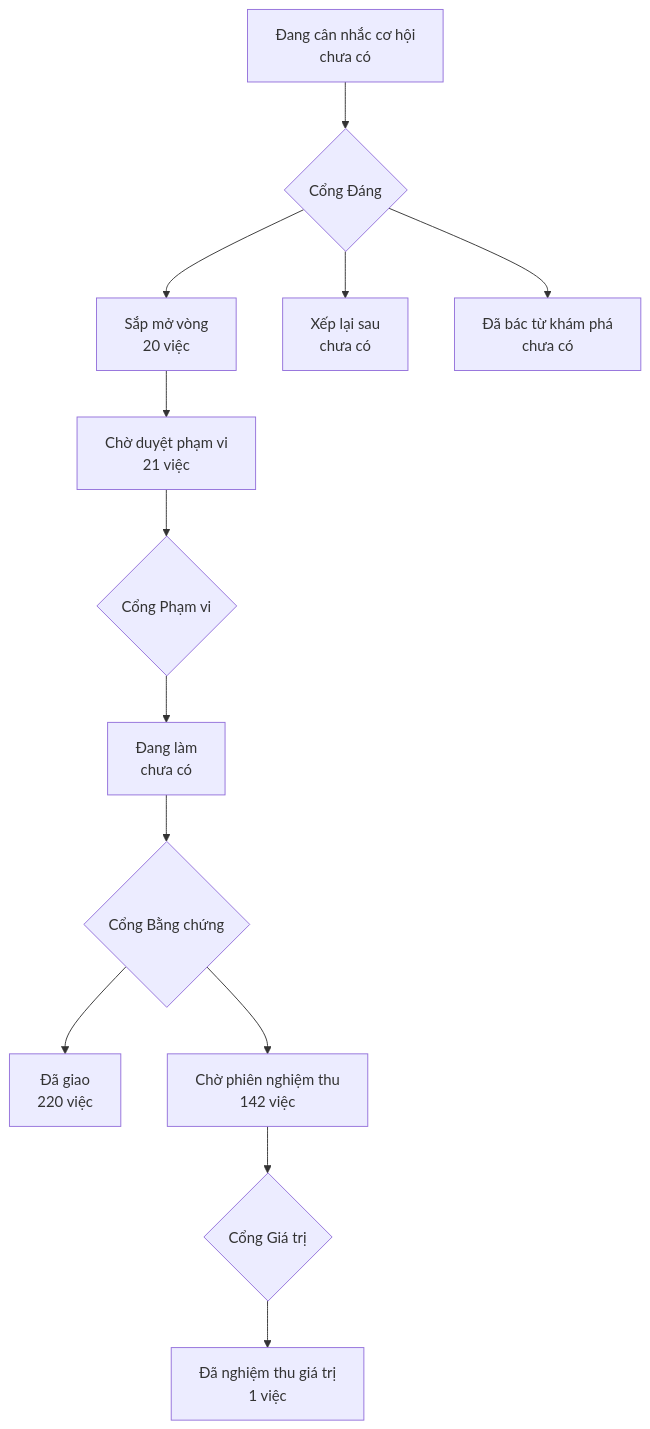
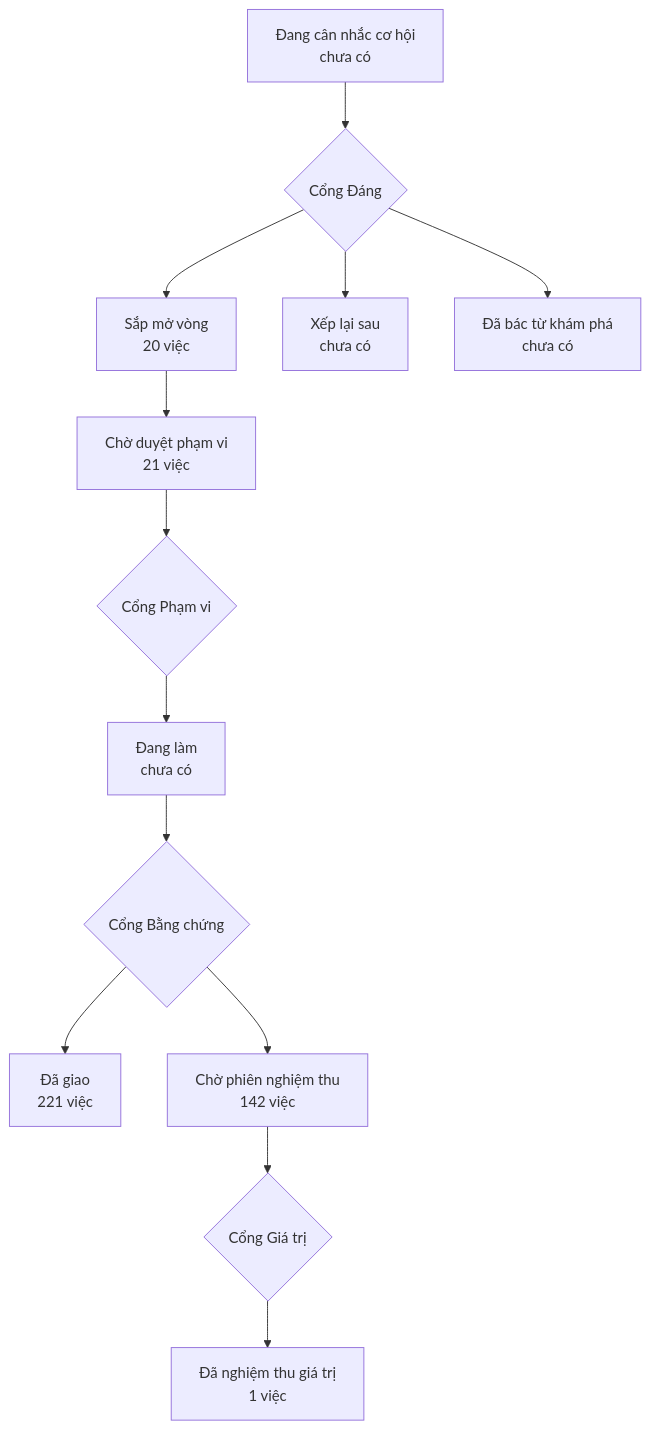
The diagram in PRODUCT-MAP.md (phanlemanh/onehub-invest), drawn with Mermaid before and after one commit. The commit also changed other lines of this file and 1 other file, not shown here.

Commit message:
chore: vẽ lại PRODUCT-MAP, LO-TRINH sau gộp main

````diff
--- a/PRODUCT-MAP.md
+++ b/PRODUCT-MAP.md
@@ -7,12 +7,12 @@
 ```mermaid
 flowchart TD
   A["Đang cân nhắc cơ hội<br/>chưa có"] --> GD{"Cổng Đáng"}
   GD --> B["Sắp mở vòng<br/>20 việc"]
   GD --> XL["Xếp lại sau<br/>chưa có"]
   GD --> DB["Đã bác từ khám phá<br/>chưa có"]
   B --> CD["Chờ duyệt phạm vi<br/>21 việc"] --> GP{"Cổng Phạm vi"}
   GP --> DL["Đang làm<br/>chưa có"] --> GB{"Cổng Bằng chứng"}
-  GB --> DG["Đã giao<br/>220 việc"]
+  GB --> DG["Đã giao<br/>221 việc"]
   GB --> CN["Chờ phiên nghiệm thu<br/>142 việc"] --> GG{"Cổng Giá trị"}
   GG --> NT["Đã nghiệm thu giá trị<br/>1 việc"]
 ```
````
